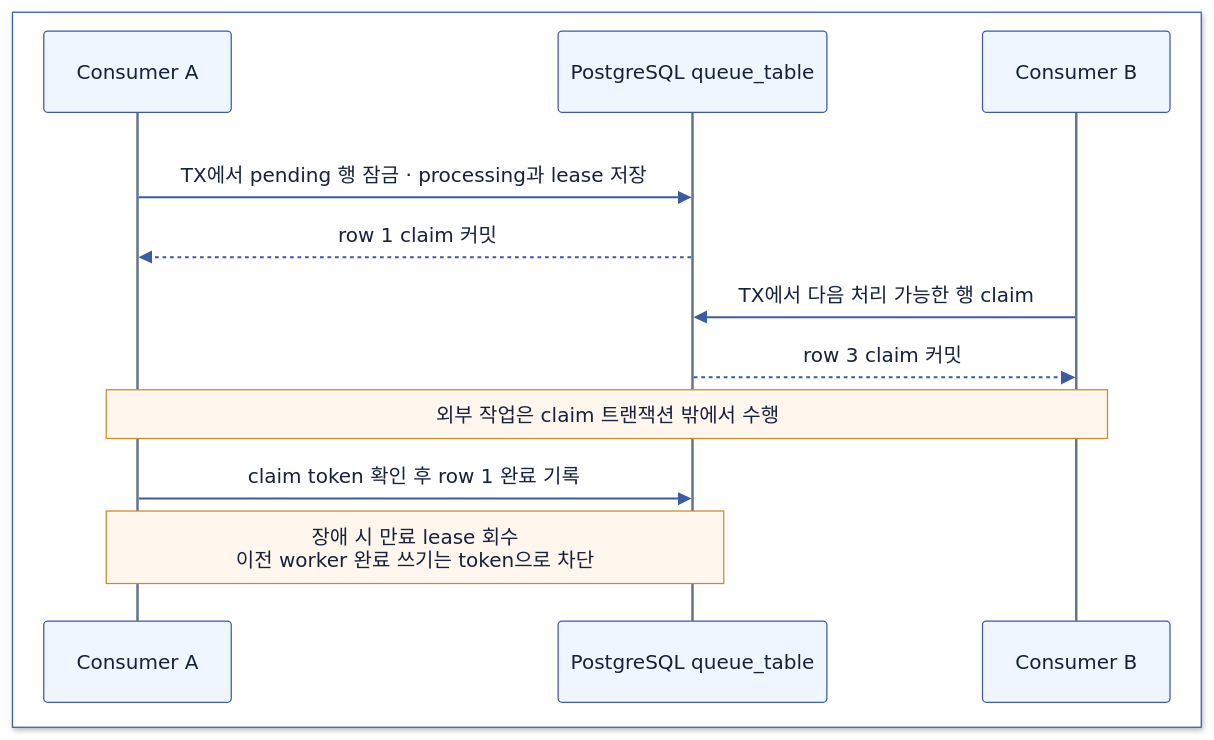
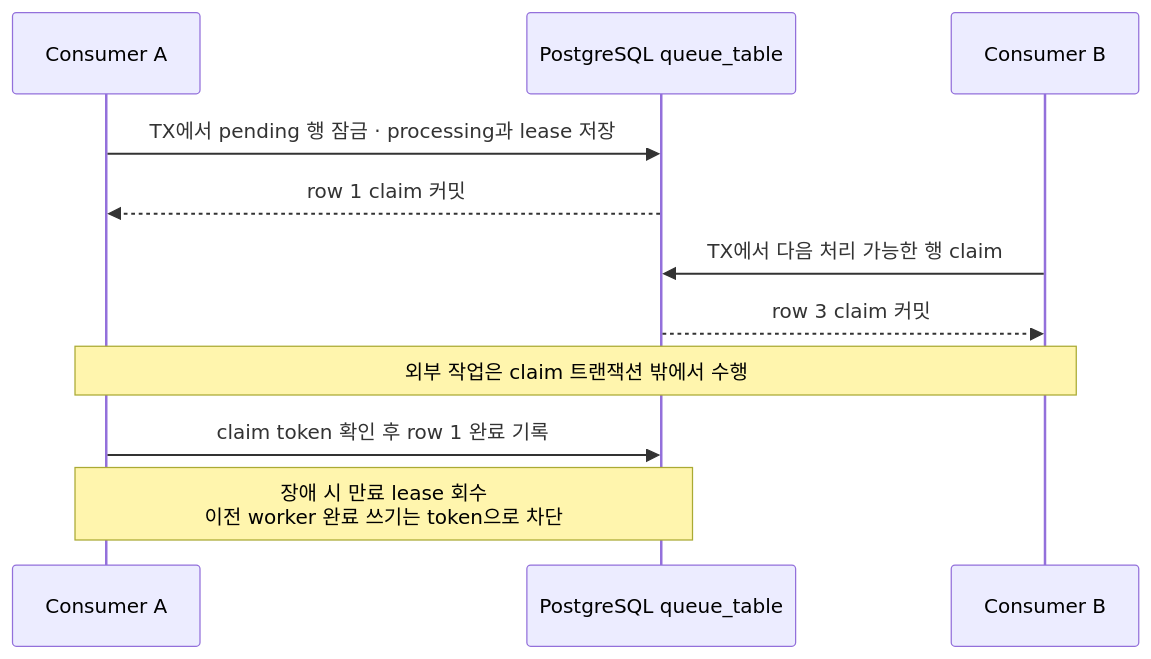
The sixth of 8 diagrams in computer-science/2607-message-queue.md (Hyune-s-lab/my-ai-study), drawn with Mermaid before and after one commit. The commit also changed other lines of this file and 49 other files, not shown here.

Commit message:
docs: 단순 다이어그램은 Mermaid로, 복잡한 배치는 SVG로 정리

````diff
--- a/computer-science/2607-message-queue.md
+++ b/computer-science/2607-message-queue.md
@@ -193,18 +154,13 @@
 ```mermaid
 sequenceDiagram
-%%{init: {"theme": "base", "darkMode": false, "themeVariables": {"background": "#ffffff", "primaryColor": "#EFF6FF", "primaryTextColor": "#16213E", "primaryBorderColor": "#3B5BA5", "secondaryColor": "#F0FDF4", "tertiaryColor": "#FAF5FF", "lineColor": "#3B5BA5", "textColor": "#16213E", "edgeLabelBackground": "#ffffff", "actorBkg": "#EFF6FF", "actorBorder": "#3B5BA5", "actorTextColor": "#16213E", "signalColor": "#3B5BA5", "signalTextColor": "#16213E", "noteBkgColor": "#FFF7ED", "noteBorderColor": "#C98A2B", "noteTextColor": "#16213E", "labelBoxBkgColor": "#EFF6FF", "labelTextColor": "#16213E", "loopTextColor": "#16213E", "actorLineColor": "#64748B", "labelBoxBorderColor": "#3B5BA5"}}}%%
-  box rgb(255, 255, 255)
-    participant A as Consumer A
-    participant Q as PostgreSQL queue_table
-    participant B as Consumer B
-  end
-  rect rgb(255, 255, 255)
-    A->>Q: TX에서 pending 행 잠금 · processing과 lease 저장
-    Q-->>A: row 1 claim 커밋
-    B->>Q: TX에서 다음 처리 가능한 행 claim
-    Q-->>B: row 3 claim 커밋
-    Note over A,B: 외부 작업은 claim 트랜잭션 밖에서 수행
-    A->>Q: claim token 확인 후 row 1 완료 기록
-    Note over A,Q: 장애 시 만료 lease 회수<br/>이전 worker 완료 쓰기는 token으로 차단
-  end
+  participant A as Consumer A
+  participant Q as PostgreSQL queue_table
+  participant B as Consumer B
+  A->>Q: TX에서 pending 행 잠금 · processing과 lease 저장
+  Q-->>A: row 1 claim 커밋
+  B->>Q: TX에서 다음 처리 가능한 행 claim
+  Q-->>B: row 3 claim 커밋
+  Note over A,B: 외부 작업은 claim 트랜잭션 밖에서 수행
+  A->>Q: claim token 확인 후 row 1 완료 기록
+  Note over A,Q: 장애 시 만료 lease 회수<br/>이전 worker 완료 쓰기는 token으로 차단
 ```
````
